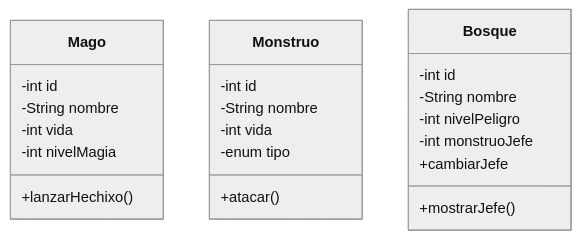
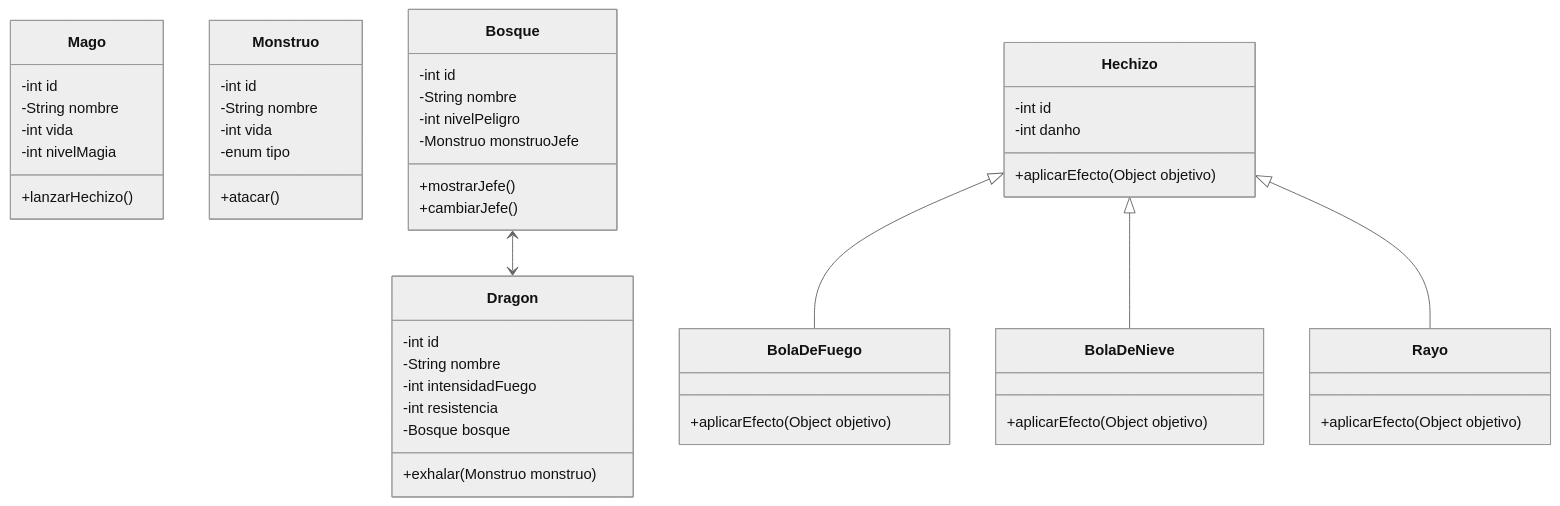
One commit to a24andresrv/dragolandia changed the first of 2 diagrams in README.md. Above: the diagram before and after it, drawn with Mermaid (neutral theme). The commit also changed other lines of this file and 22 other files, not shown here.

Commit message:
Creacion de diagramas y hechizos

````diff
--- a/README.md
+++ b/README.md
@@ -8,28 +8,60 @@
 ```mermaid
 classDiagram
 direction TB
     class Mago {
 	    -int id
 	    -String nombre
         -int vida
         -int nivelMagia 
-	    +lanzarHechixo()
+	    +lanzarHechizo()
     }
 
     class Monstruo {
 	    -int id
         -String nombre
         -int vida
         -enum tipo
 	    +atacar()
     }
 
     class Bosque {
 	    -int id
         -String nombre
         -int nivelPeligro
-        -int monstruoJefe
+        -Monstruo monstruoJefe
 	    +mostrarJefe()
-        +cambiarJefe
+        +cambiarJefe()
     }
+
+    class Dragon {
+	    -int id
+        -String nombre
+        -int intensidadFuego
+        -int resistencia
+        -Bosque bosque
+	    +exhalar(Monstruo monstruo)
+    }
+
+    class Hechizo {
+	    -int id
+	    -int danho
+	    +aplicarEfecto(Object objetivo)
+    }
+
+    class BolaDeFuego {
+	    +aplicarEfecto(Object objetivo)
+    }
+
+    class BolaDeNieve {
+	    +aplicarEfecto(Object objetivo)
+    }
+
+    class Rayo {
+	    +aplicarEfecto(Object objetivo)
+    }
+
+    Hechizo <|-- BolaDeFuego
+    Hechizo <|-- BolaDeNieve
+    Hechizo <|-- Rayo
+    Bosque <--> Dragon
 ```
````
